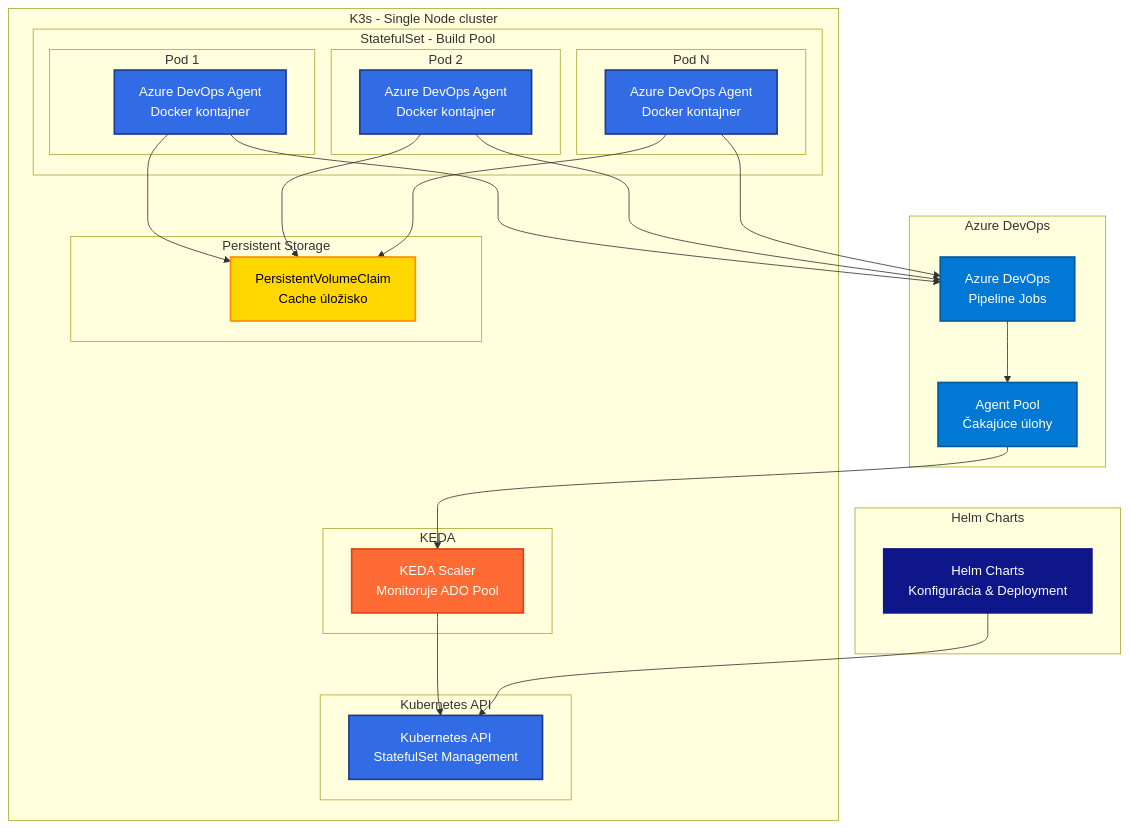
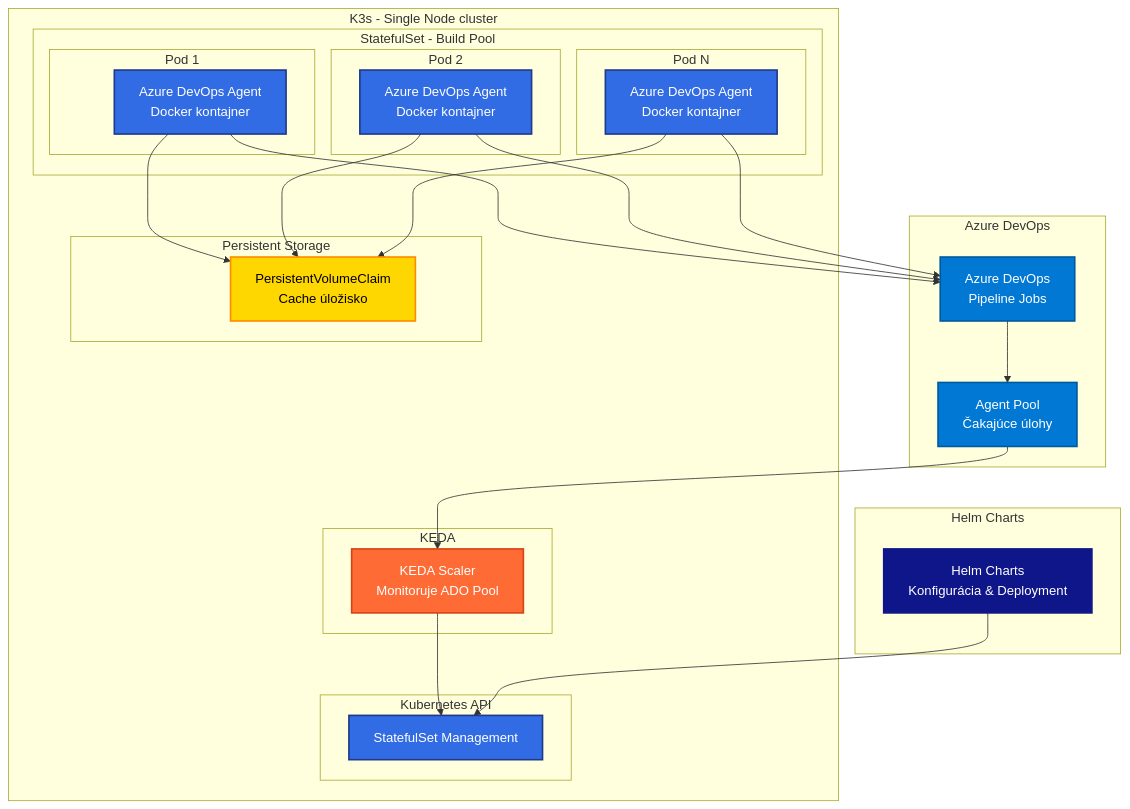
The first of 2 diagrams in linuxmachine/user-documentation.md (motycak/kros-sk.github.io), drawn with Mermaid before and after one commit.

````diff
--- a/linuxmachine/user-documentation.md
+++ b/linuxmachine/user-documentation.md
@@ -39,64 +39,64 @@
 ```mermaid
 graph TB
     subgraph "Azure DevOps"
         ADO[Azure DevOps<br/>Pipeline Jobs]
         ADO_POOL[Agent Pool<br/>Čakajúce úlohy]
     end
     
     subgraph "K3s - Single Node cluster"
         subgraph "KEDA"
             KEDA_SCALER[KEDA Scaler<br/>Monitoruje ADO Pool]
         end
         
         subgraph "StatefulSet - Build Pool"
             subgraph "Pod 1"
                 AGENT1[Azure DevOps Agent<br/>Docker kontajner]
             end
             subgraph "Pod 2"
                 AGENT2[Azure DevOps Agent<br/>Docker kontajner]
             end
             subgraph "Pod N"
                 AGENTN[Azure DevOps Agent<br/>Docker kontajner]
             end
         end
         
         subgraph "Persistent Storage"
             PVC[PersistentVolumeClaim<br/>Cache úložisko]
         end
         
         subgraph "Kubernetes API"
-            K8S_API[Kubernetes API<br/>StatefulSet Management]
+            K8S_API[StatefulSet Management]
         end
     end
     
     subgraph "Helm Charts"
         HELM[Helm Charts<br/>Konfigurácia & Deployment]
     end
     
     %% Connections
     ADO --> ADO_POOL
     ADO_POOL --> KEDA_SCALER
     KEDA_SCALER --> K8S_API
     HELM --> K8S_API
     
     AGENT1 --> PVC
     AGENT2 --> PVC
     AGENTN --> PVC
     
     AGENT1 --> ADO
     AGENT2 --> ADO
     AGENTN --> ADO
     
     %% Styling
     classDef azure fill:#0078d4,stroke:#005a9e,stroke-width:2px,color:#fff
     classDef keda fill:#ff6b35,stroke:#d84315,stroke-width:2px,color:#fff
     classDef k8s fill:#326ce5,stroke:#1e3a8a,stroke-width:2px,color:#fff
     classDef helm fill:#0f1689,stroke:#0f1689,stroke-width:2px,color:#fff
     classDef storage fill:#ffd700,stroke:#ff8c00,stroke-width:2px,color:#000
     
     class ADO,ADO_POOL azure
     class KEDA_SCALER keda
     class AGENT1,AGENT2,AGENTN,K8S_API k8s
     class HELM helm
     class PVC storage
 ```
````
